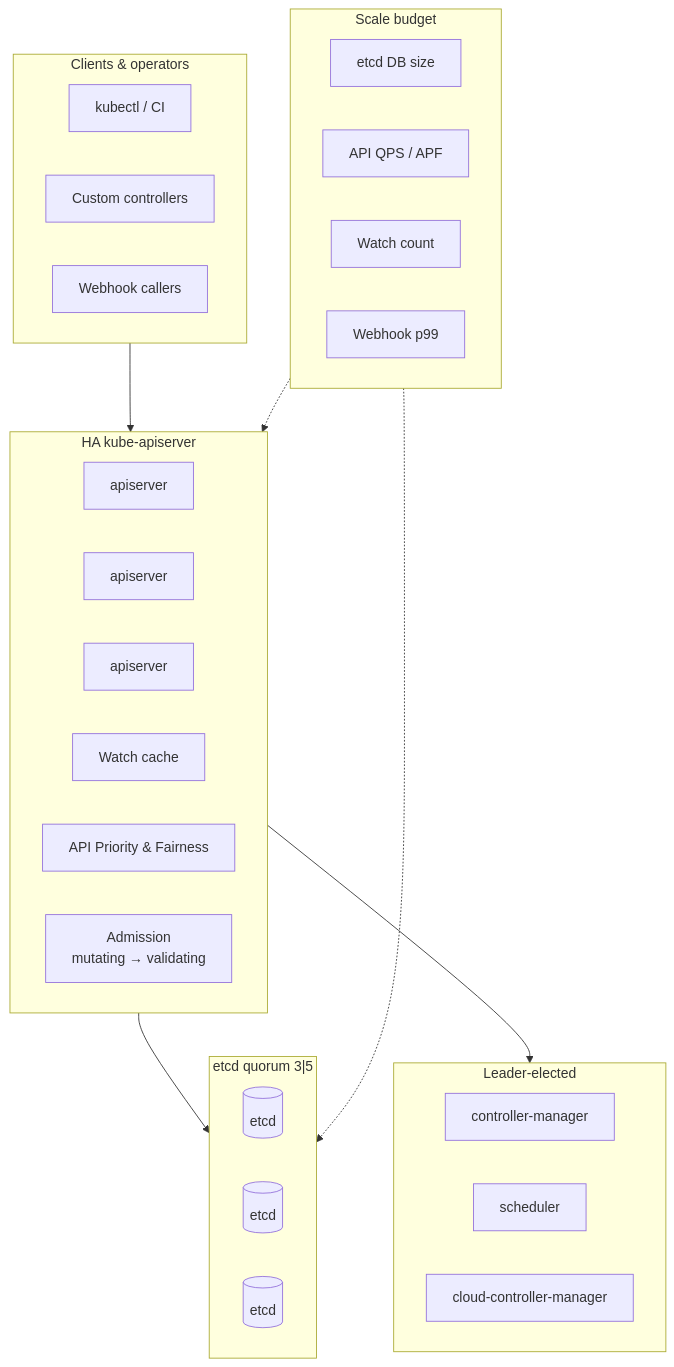
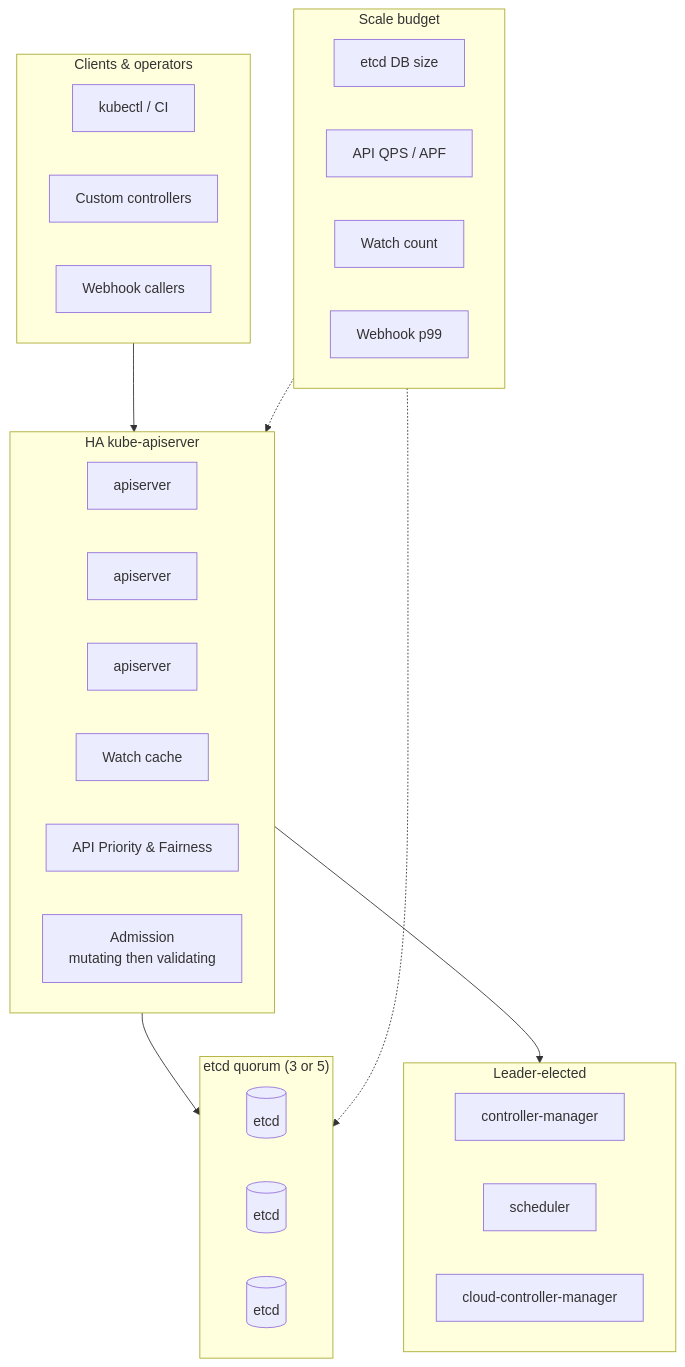
Before and after one commit to caretak3r/hyperscale-prep: the first of 3 diagrams in pages/lessons/02-k8s-control-plane.mdx, drawn with Mermaid. The commit also changed other lines of this file and 3 other files, not shown here.

First line of the commit message:
Fix Mermaid v10 syntax errors in lesson diagrams

````diff
--- a/pages/lessons/02-k8s-control-plane.mdx
+++ b/pages/lessons/02-k8s-control-plane.mdx
@@ -23,42 +23,42 @@
 ```mermaid
 flowchart TB
   subgraph Clients["Clients & operators"]
     KUBECTL[kubectl / CI]
     OPS[Custom controllers]
     WH_CALL[Webhook callers]
   end
 
   subgraph APIS["HA kube-apiserver"]
     A1[apiserver]
     A2[apiserver]
     A3[apiserver]
     CACHE[Watch cache]
     APF[API Priority & Fairness]
-    ADM[Admission<br/>mutating → validating]
+    ADM["Admission<br/>mutating then validating"]
   end
 
-  subgraph ETCD["etcd quorum 3|5"]
+  subgraph ETCD["etcd quorum (3 or 5)"]
     E1[(etcd)]
     E2[(etcd)]
     E3[(etcd)]
   end
 
   subgraph Controllers["Leader-elected"]
     KCM[controller-manager]
     SCH[scheduler]
     CCM[cloud-controller-manager]
   end
 
   subgraph Budget["Scale budget"]
     B1[etcd DB size]
     B2[API QPS / APF]
     B3[Watch count]
     B4[Webhook p99]
   end
 
   Clients --> APIS
   APIS --> ETCD
   APIS --> Controllers
   Budget -.-> APIS
   Budget -.-> ETCD
 ```
````
